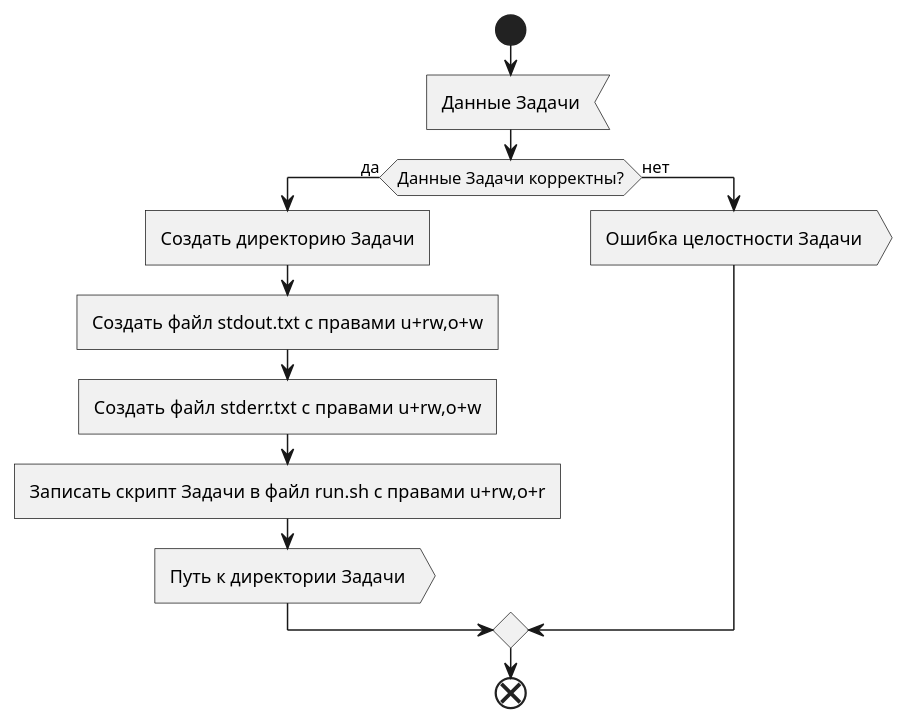
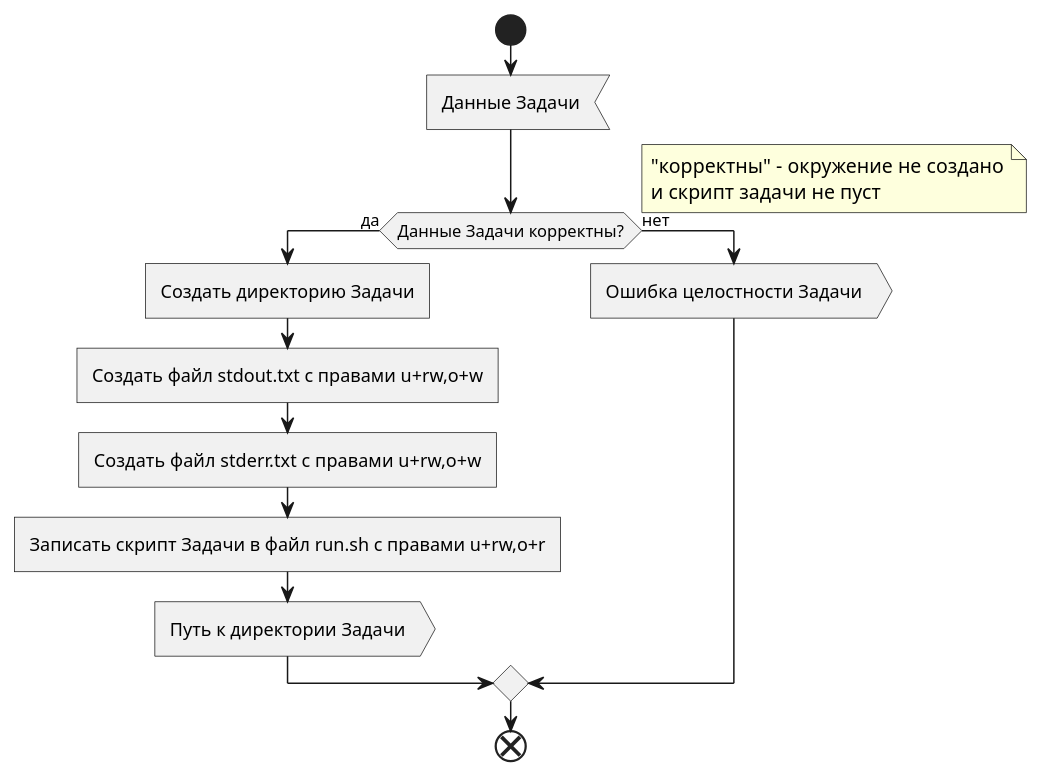
The fourth of 7 diagrams in docs/diagrams/activity/Job.Worker.puml (mrypdm/JobSystem), drawn with PlantUML before and after one commit. The commit also changed other lines of this file and 7 other files, not shown here.

Commit message:
improvements in avtivity diagrams

```diff
--- a/docs/diagrams/activity/Job.Worker.puml
+++ b/docs/diagrams/activity/Job.Worker.puml
@@ -118,19 +118,23 @@
 @startuml Create environment
 
 start
 
 :Данные Задачи<
 
 if (Данные Задачи корректны?) then (да)
+    note right
+        "корректны" - окружение не создано
+        и скрипт задачи не пуст
+    end note
     :Создать директорию Задачи]
     :Создать файл stdout.txt c правами u+rw,o+w]
     :Создать файл stderr.txt c правами u+rw,o+w]
     :Записать скрипт Задачи в файл run.sh c правами u+rw,o+r]
     :Путь к директории Задачи>
 else (нет)
     :Ошибка целостности Задачи>
 endif
 
 end
 
 @enduml
```
